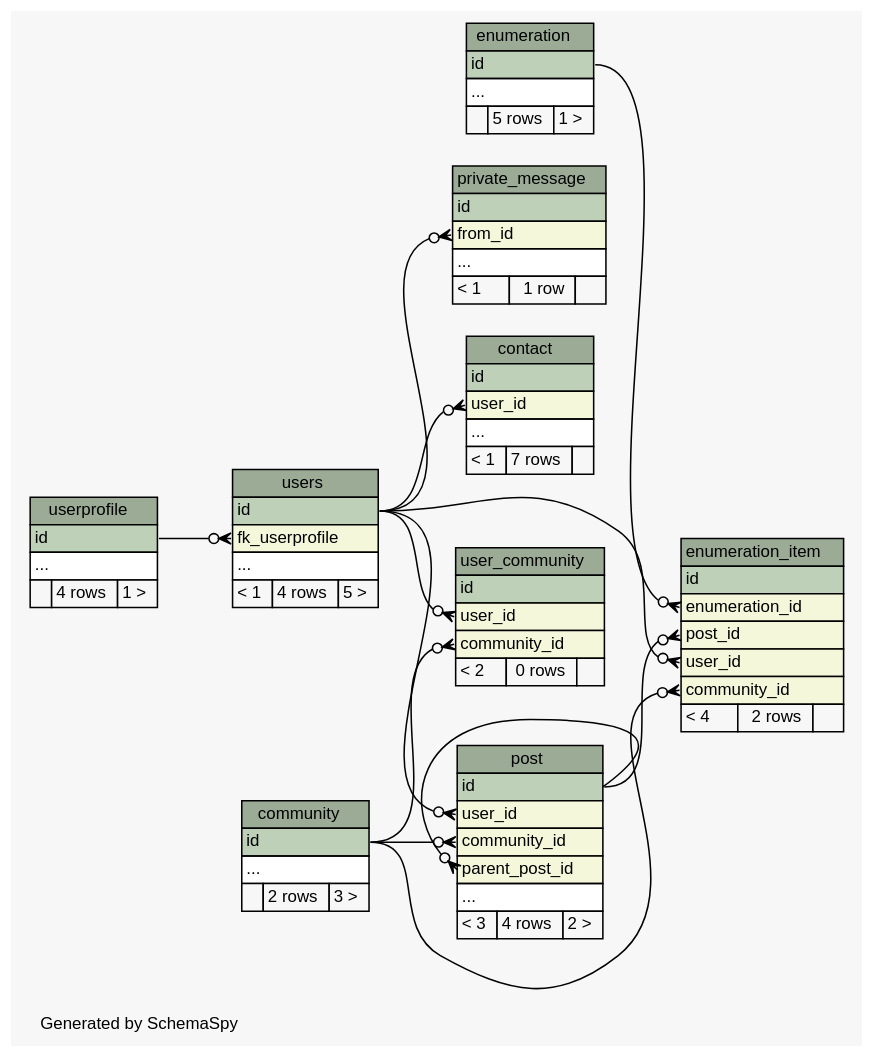
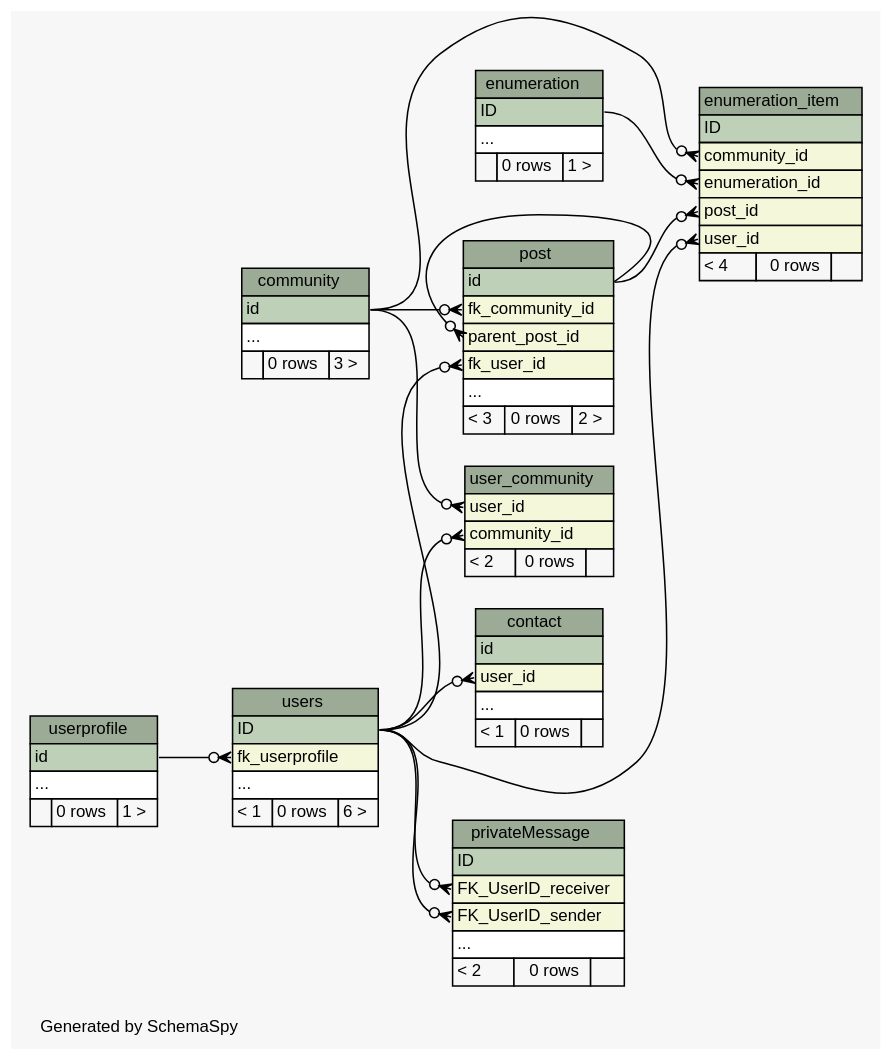
One commit to chr-krenn/chr-krenn-fhj-ws2017-sd17-pse changed the diagram in doc/db_schema/diagrams/summary/relationships.real.compact.dot. Above: the diagram before and after it, drawn with Graphviz. The commit also changed 60 other files, not shown here.

```diff
--- a/doc/db_schema/diagrams/summary/relationships.real.compact.dot
+++ b/doc/db_schema/diagrams/summary/relationships.real.compact.dot
@@ -1,143 +1,144 @@
 // dot 2.40.1 on Linux 4.12.5-300.fc26.x86_64
 // SchemaSpy rev 590
 digraph "compactRelationshipsDiagram" {
   graph [
     rankdir="RL"
     bgcolor="#f7f7f7"
     label="\nGenerated by SchemaSpy"
     labeljust="l"
     nodesep="0.18"
     ranksep="0.46"
     fontname="Helvetica"
     fontsize="11"
   ];
   node [
     fontname="Helvetica"
     fontsize="11"
     shape="plaintext"
   ];
   edge [
     arrowsize="0.8"
   ];
   "community" [
     label=<
     <TABLE BORDER="0" CELLBORDER="1" CELLSPACING="0" BGCOLOR="#ffffff">
       <TR><TD COLSPAN="3" BGCOLOR="#9bab96" ALIGN="CENTER">community</TD></TR>
       <TR><TD PORT="id" COLSPAN="3" BGCOLOR="#bed1b8" ALIGN="LEFT">id</TD></TR>
       <TR><TD PORT="elipses" COLSPAN="3" ALIGN="LEFT">...</TD></TR>
-      <TR><TD ALIGN="LEFT" BGCOLOR="#f7f7f7">  </TD><TD ALIGN="RIGHT" BGCOLOR="#f7f7f7">2 rows</TD><TD ALIGN="RIGHT" BGCOLOR="#f7f7f7">3 &gt;</TD></TR>
+      <TR><TD ALIGN="LEFT" BGCOLOR="#f7f7f7">  </TD><TD ALIGN="RIGHT" BGCOLOR="#f7f7f7">0 rows</TD><TD ALIGN="RIGHT" BGCOLOR="#f7f7f7">3 &gt;</TD></TR>
     </TABLE>>
     URL="tables/community.html"
     tooltip="community"
   ];
   "contact" [
     label=<
     <TABLE BORDER="0" CELLBORDER="1" CELLSPACING="0" BGCOLOR="#ffffff">
       <TR><TD COLSPAN="3" BGCOLOR="#9bab96" ALIGN="CENTER">contact</TD></TR>
       <TR><TD PORT="id" COLSPAN="3" BGCOLOR="#bed1b8" ALIGN="LEFT">id</TD></TR>
       <TR><TD PORT="user_id" COLSPAN="3" BGCOLOR="#f4f7da" ALIGN="LEFT">user_id</TD></TR>
       <TR><TD PORT="elipses" COLSPAN="3" ALIGN="LEFT">...</TD></TR>
-      <TR><TD ALIGN="LEFT" BGCOLOR="#f7f7f7">&lt; 1</TD><TD ALIGN="RIGHT" BGCOLOR="#f7f7f7">7 rows</TD><TD ALIGN="RIGHT" BGCOLOR="#f7f7f7">  </TD></TR>
+      <TR><TD ALIGN="LEFT" BGCOLOR="#f7f7f7">&lt; 1</TD><TD ALIGN="RIGHT" BGCOLOR="#f7f7f7">0 rows</TD><TD ALIGN="RIGHT" BGCOLOR="#f7f7f7">  </TD></TR>
     </TABLE>>
     URL="tables/contact.html"
     tooltip="contact"
   ];
   "enumeration" [
     label=<
     <TABLE BORDER="0" CELLBORDER="1" CELLSPACING="0" BGCOLOR="#ffffff">
       <TR><TD COLSPAN="3" BGCOLOR="#9bab96" ALIGN="CENTER">enumeration</TD></TR>
-      <TR><TD PORT="id" COLSPAN="3" BGCOLOR="#bed1b8" ALIGN="LEFT">id</TD></TR>
+      <TR><TD PORT="ID" COLSPAN="3" BGCOLOR="#bed1b8" ALIGN="LEFT">ID</TD></TR>
       <TR><TD PORT="elipses" COLSPAN="3" ALIGN="LEFT">...</TD></TR>
-      <TR><TD ALIGN="LEFT" BGCOLOR="#f7f7f7">  </TD><TD ALIGN="RIGHT" BGCOLOR="#f7f7f7">5 rows</TD><TD ALIGN="RIGHT" BGCOLOR="#f7f7f7">1 &gt;</TD></TR>
+      <TR><TD ALIGN="LEFT" BGCOLOR="#f7f7f7">  </TD><TD ALIGN="RIGHT" BGCOLOR="#f7f7f7">0 rows</TD><TD ALIGN="RIGHT" BGCOLOR="#f7f7f7">1 &gt;</TD></TR>
     </TABLE>>
     URL="tables/enumeration.html"
     tooltip="enumeration"
   ];
   "enumeration_item" [
     label=<
     <TABLE BORDER="0" CELLBORDER="1" CELLSPACING="0" BGCOLOR="#ffffff">
       <TR><TD COLSPAN="3" BGCOLOR="#9bab96" ALIGN="CENTER">enumeration_item</TD></TR>
-      <TR><TD PORT="id" COLSPAN="3" BGCOLOR="#bed1b8" ALIGN="LEFT">id</TD></TR>
+      <TR><TD PORT="ID" COLSPAN="3" BGCOLOR="#bed1b8" ALIGN="LEFT">ID</TD></TR>
+      <TR><TD PORT="community_id" COLSPAN="3" BGCOLOR="#f4f7da" ALIGN="LEFT">community_id</TD></TR>
       <TR><TD PORT="enumeration_id" COLSPAN="3" BGCOLOR="#f4f7da" ALIGN="LEFT">enumeration_id</TD></TR>
       <TR><TD PORT="post_id" COLSPAN="3" BGCOLOR="#f4f7da" ALIGN="LEFT">post_id</TD></TR>
       <TR><TD PORT="user_id" COLSPAN="3" BGCOLOR="#f4f7da" ALIGN="LEFT">user_id</TD></TR>
-      <TR><TD PORT="community_id" COLSPAN="3" BGCOLOR="#f4f7da" ALIGN="LEFT">community_id</TD></TR>
-      <TR><TD ALIGN="LEFT" BGCOLOR="#f7f7f7">&lt; 4</TD><TD ALIGN="RIGHT" BGCOLOR="#f7f7f7">2 rows</TD><TD ALIGN="RIGHT" BGCOLOR="#f7f7f7">  </TD></TR>
+      <TR><TD ALIGN="LEFT" BGCOLOR="#f7f7f7">&lt; 4</TD><TD ALIGN="RIGHT" BGCOLOR="#f7f7f7">0 rows</TD><TD ALIGN="RIGHT" BGCOLOR="#f7f7f7">  </TD></TR>
     </TABLE>>
     URL="tables/enumeration_item.html"
     tooltip="enumeration_item"
   ];
   "post" [
     label=<
     <TABLE BORDER="0" CELLBORDER="1" CELLSPACING="0" BGCOLOR="#ffffff">
       <TR><TD COLSPAN="3" BGCOLOR="#9bab96" ALIGN="CENTER">post</TD></TR>
       <TR><TD PORT="id" COLSPAN="3" BGCOLOR="#bed1b8" ALIGN="LEFT">id</TD></TR>
-      <TR><TD PORT="user_id" COLSPAN="3" BGCOLOR="#f4f7da" ALIGN="LEFT">user_id</TD></TR>
-      <TR><TD PORT="community_id" COLSPAN="3" BGCOLOR="#f4f7da" ALIGN="LEFT">community_id</TD></TR>
+      <TR><TD PORT="fk_community_id" COLSPAN="3" BGCOLOR="#f4f7da" ALIGN="LEFT">fk_community_id</TD></TR>
       <TR><TD PORT="parent_post_id" COLSPAN="3" BGCOLOR="#f4f7da" ALIGN="LEFT">parent_post_id</TD></TR>
+      <TR><TD PORT="fk_user_id" COLSPAN="3" BGCOLOR="#f4f7da" ALIGN="LEFT">fk_user_id</TD></TR>
       <TR><TD PORT="elipses" COLSPAN="3" ALIGN="LEFT">...</TD></TR>
-      <TR><TD ALIGN="LEFT" BGCOLOR="#f7f7f7">&lt; 3</TD><TD ALIGN="RIGHT" BGCOLOR="#f7f7f7">4 rows</TD><TD ALIGN="RIGHT" BGCOLOR="#f7f7f7">2 &gt;</TD></TR>
+      <TR><TD ALIGN="LEFT" BGCOLOR="#f7f7f7">&lt; 3</TD><TD ALIGN="RIGHT" BGCOLOR="#f7f7f7">0 rows</TD><TD ALIGN="RIGHT" BGCOLOR="#f7f7f7">2 &gt;</TD></TR>
     </TABLE>>
     URL="tables/post.html"
     tooltip="post"
   ];
-  "private_message" [
+  "privateMessage" [
     label=<
     <TABLE BORDER="0" CELLBORDER="1" CELLSPACING="0" BGCOLOR="#ffffff">
-      <TR><TD COLSPAN="3" BGCOLOR="#9bab96" ALIGN="CENTER">private_message</TD></TR>
-      <TR><TD PORT="id" COLSPAN="3" BGCOLOR="#bed1b8" ALIGN="LEFT">id</TD></TR>
-      <TR><TD PORT="from_id" COLSPAN="3" BGCOLOR="#f4f7da" ALIGN="LEFT">from_id</TD></TR>
+      <TR><TD COLSPAN="3" BGCOLOR="#9bab96" ALIGN="CENTER">privateMessage</TD></TR>
+      <TR><TD PORT="ID" COLSPAN="3" BGCOLOR="#bed1b8" ALIGN="LEFT">ID</TD></TR>
+      <TR><TD PORT="FK_UserID_receiver" COLSPAN="3" BGCOLOR="#f4f7da" ALIGN="LEFT">FK_UserID_receiver</TD></TR>
+      <TR><TD PORT="FK_UserID_sender" COLSPAN="3" BGCOLOR="#f4f7da" ALIGN="LEFT">FK_UserID_sender</TD></TR>
       <TR><TD PORT="elipses" COLSPAN="3" ALIGN="LEFT">...</TD></TR>
-      <TR><TD ALIGN="LEFT" BGCOLOR="#f7f7f7">&lt; 1</TD><TD ALIGN="RIGHT" BGCOLOR="#f7f7f7">1 row</TD><TD ALIGN="RIGHT" BGCOLOR="#f7f7f7">  </TD></TR>
+      <TR><TD ALIGN="LEFT" BGCOLOR="#f7f7f7">&lt; 2</TD><TD ALIGN="RIGHT" BGCOLOR="#f7f7f7">0 rows</TD><TD ALIGN="RIGHT" BGCOLOR="#f7f7f7">  </TD></TR>
     </TABLE>>
-    URL="tables/private_message.html"
-    tooltip="private_message"
+    URL="tables/privateMessage.html"
+    tooltip="privateMessage"
   ];
   "user_community" [
     label=<
     <TABLE BORDER="0" CELLBORDER="1" CELLSPACING="0" BGCOLOR="#ffffff">
       <TR><TD COLSPAN="3" BGCOLOR="#9bab96" ALIGN="CENTER">user_community</TD></TR>
-      <TR><TD PORT="id" COLSPAN="3" BGCOLOR="#bed1b8" ALIGN="LEFT">id</TD></TR>
       <TR><TD PORT="user_id" COLSPAN="3" BGCOLOR="#f4f7da" ALIGN="LEFT">user_id</TD></TR>
       <TR><TD PORT="community_id" COLSPAN="3" BGCOLOR="#f4f7da" ALIGN="LEFT">community_id</TD></TR>
       <TR><TD ALIGN="LEFT" BGCOLOR="#f7f7f7">&lt; 2</TD><TD ALIGN="RIGHT" BGCOLOR="#f7f7f7">0 rows</TD><TD ALIGN="RIGHT" BGCOLOR="#f7f7f7">  </TD></TR>
     </TABLE>>
     URL="tables/user_community.html"
     tooltip="user_community"
   ];
   "userprofile" [
     label=<
     <TABLE BORDER="0" CELLBORDER="1" CELLSPACING="0" BGCOLOR="#ffffff">
       <TR><TD COLSPAN="3" BGCOLOR="#9bab96" ALIGN="CENTER">userprofile</TD></TR>
       <TR><TD PORT="id" COLSPAN="3" BGCOLOR="#bed1b8" ALIGN="LEFT">id</TD></TR>
       <TR><TD PORT="elipses" COLSPAN="3" ALIGN="LEFT">...</TD></TR>
-      <TR><TD ALIGN="LEFT" BGCOLOR="#f7f7f7">  </TD><TD ALIGN="RIGHT" BGCOLOR="#f7f7f7">4 rows</TD><TD ALIGN="RIGHT" BGCOLOR="#f7f7f7">1 &gt;</TD></TR>
+      <TR><TD ALIGN="LEFT" BGCOLOR="#f7f7f7">  </TD><TD ALIGN="RIGHT" BGCOLOR="#f7f7f7">0 rows</TD><TD ALIGN="RIGHT" BGCOLOR="#f7f7f7">1 &gt;</TD></TR>
     </TABLE>>
     URL="tables/userprofile.html"
     tooltip="userprofile"
   ];
   "users" [
     label=<
     <TABLE BORDER="0" CELLBORDER="1" CELLSPACING="0" BGCOLOR="#ffffff">
       <TR><TD COLSPAN="3" BGCOLOR="#9bab96" ALIGN="CENTER">users</TD></TR>
-      <TR><TD PORT="id" COLSPAN="3" BGCOLOR="#bed1b8" ALIGN="LEFT">id</TD></TR>
+      <TR><TD PORT="ID" COLSPAN="3" BGCOLOR="#bed1b8" ALIGN="LEFT">ID</TD></TR>
       <TR><TD PORT="fk_userprofile" COLSPAN="3" BGCOLOR="#f4f7da" ALIGN="LEFT">fk_userprofile</TD></TR>
       <TR><TD PORT="elipses" COLSPAN="3" ALIGN="LEFT">...</TD></TR>
-      <TR><TD ALIGN="LEFT" BGCOLOR="#f7f7f7">&lt; 1</TD><TD ALIGN="RIGHT" BGCOLOR="#f7f7f7">4 rows</TD><TD ALIGN="RIGHT" BGCOLOR="#f7f7f7">5 &gt;</TD></TR>
+      <TR><TD ALIGN="LEFT" BGCOLOR="#f7f7f7">&lt; 1</TD><TD ALIGN="RIGHT" BGCOLOR="#f7f7f7">0 rows</TD><TD ALIGN="RIGHT" BGCOLOR="#f7f7f7">6 &gt;</TD></TR>
     </TABLE>>
     URL="tables/users.html"
     tooltip="users"
   ];
-  "contact":"user_id":w -> "users":"id":e [arrowhead=none dir=back arrowtail=crowodot];
+  "contact":"user_id":w -> "users":"ID":e [arrowhead=none dir=back arrowtail=crowodot];
   "enumeration_item":"community_id":w -> "community":"id":e [arrowhead=none dir=back arrowtail=crowodot];
-  "enumeration_item":"enumeration_id":w -> "enumeration":"id":e [arrowhead=none dir=back arrowtail=crowodot];
+  "enumeration_item":"enumeration_id":w -> "enumeration":"ID":e [arrowhead=none dir=back arrowtail=crowodot];
   "enumeration_item":"post_id":w -> "post":"id":e [arrowhead=none dir=back arrowtail=crowodot];
-  "enumeration_item":"user_id":w -> "users":"id":e [arrowhead=none dir=back arrowtail=crowodot];
-  "post":"community_id":w -> "community":"id":e [arrowhead=none dir=back arrowtail=crowodot];
+  "enumeration_item":"user_id":w -> "users":"ID":e [arrowhead=none dir=back arrowtail=crowodot];
+  "post":"fk_community_id":w -> "community":"id":e [arrowhead=none dir=back arrowtail=crowodot];
+  "post":"fk_user_id":w -> "users":"ID":e [arrowhead=none dir=back arrowtail=crowodot];
   "post":"parent_post_id":w -> "post":"id":e [arrowhead=none dir=back arrowtail=crowodot];
-  "post":"user_id":w -> "users":"id":e [arrowhead=none dir=back arrowtail=crowodot];
-  "private_message":"from_id":w -> "users":"id":e [arrowhead=none dir=back arrowtail=crowodot];
-  "user_community":"community_id":w -> "community":"id":e [arrowhead=none dir=back arrowtail=crowodot];
-  "user_community":"user_id":w -> "users":"id":e [arrowhead=none dir=back arrowtail=crowodot];
+  "privateMessage":"FK_UserID_receiver":w -> "users":"ID":e [arrowhead=none dir=back arrowtail=crowodot];
+  "privateMessage":"FK_UserID_sender":w -> "users":"ID":e [arrowhead=none dir=back arrowtail=crowodot];
+  "user_community":"community_id":w -> "users":"ID":e [arrowhead=none dir=back arrowtail=crowodot];
+  "user_community":"user_id":w -> "community":"id":e [arrowhead=none dir=back arrowtail=crowodot];
   "users":"fk_userprofile":w -> "userprofile":"id":e [arrowhead=none dir=back arrowtail=crowodot];
 }
```
